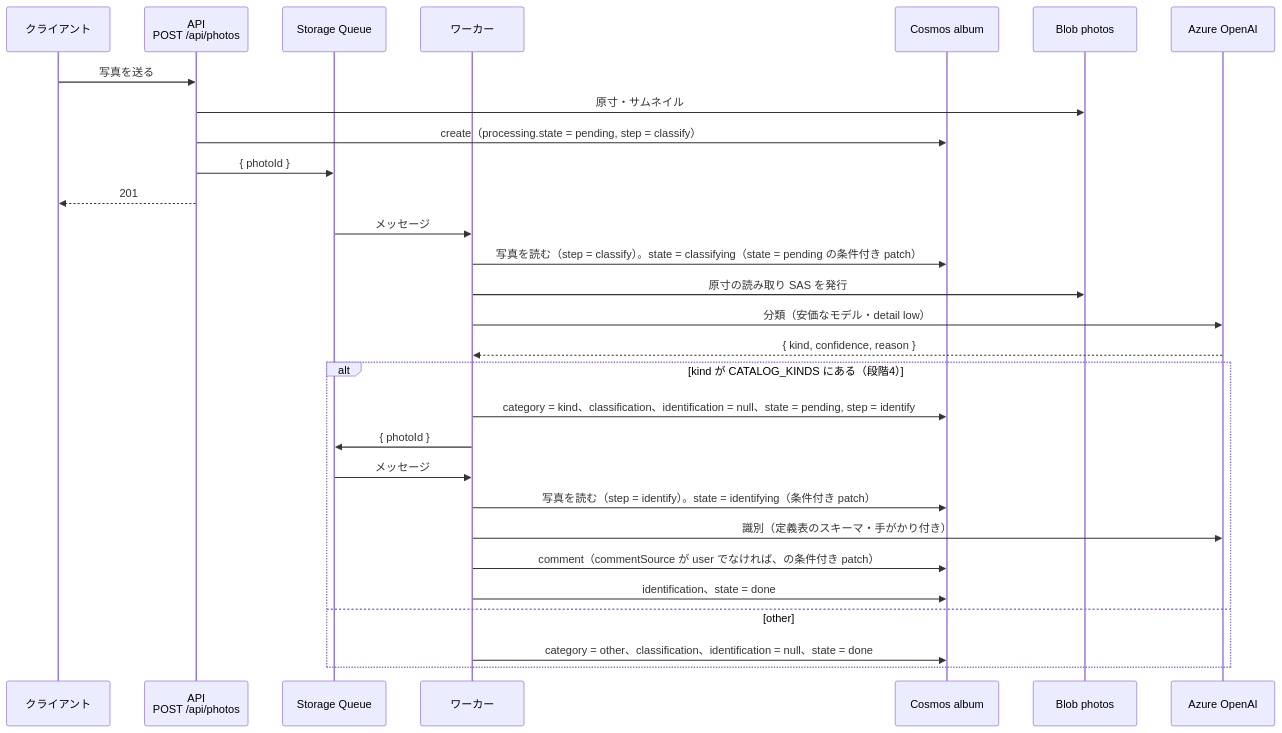
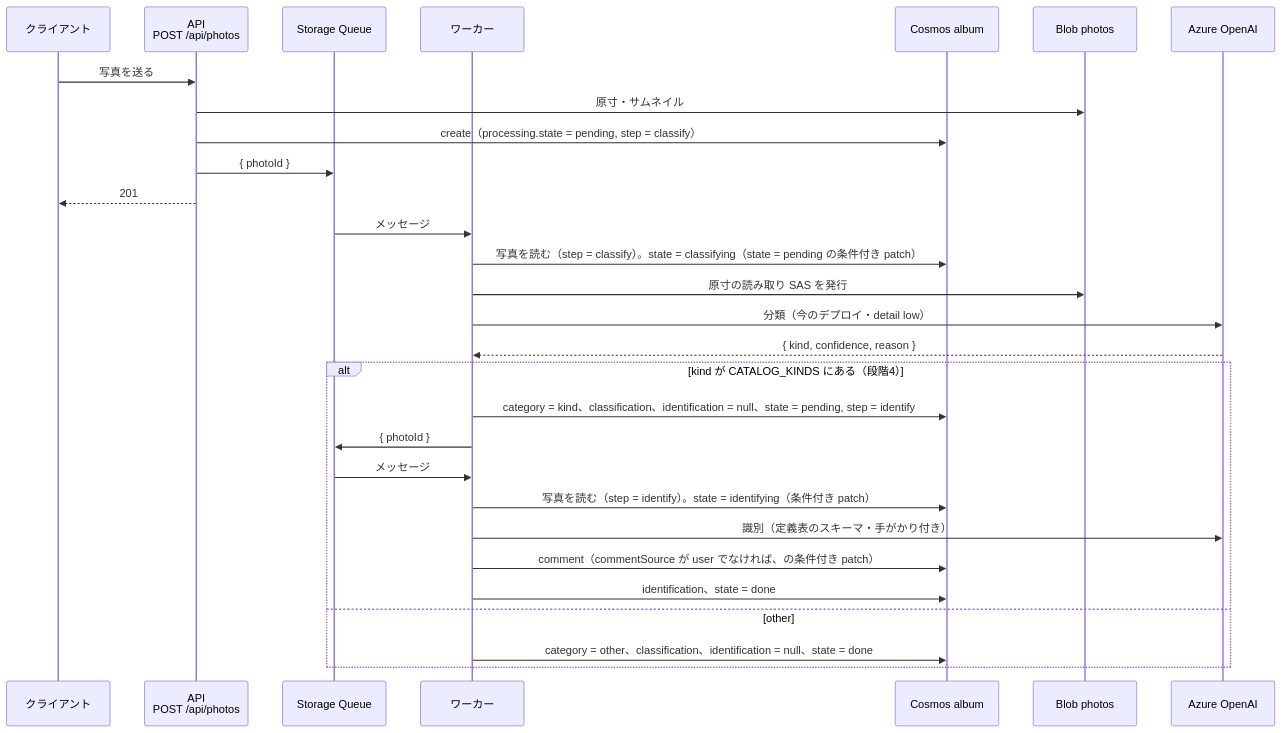
One commit to nmasashi/snaplant changed the diagram in docs/travel-album/06_processing_design.md. Above: the diagram before and after it, drawn with Mermaid. The commit also changed other lines of this file and 7 other files, not shown here.

````diff
--- a/docs/travel-album/06_processing_design.md
+++ b/docs/travel-album/06_processing_design.md
@@ -34,33 +34,33 @@
 ```mermaid
 sequenceDiagram
     participant C as クライアント
     participant H as API<br/>POST /api/photos
     participant Q as Storage Queue
     participant W as ワーカー
     participant DB as Cosmos album
     participant B as Blob photos
     participant AI as Azure OpenAI
 
     C->>H: 写真を送る
     H->>B: 原寸・サムネイル
     H->>DB: create（processing.state = pending, step = classify）
     H->>Q: { photoId }
     H-->>C: 201
 
     Q->>W: メッセージ
     W->>DB: 写真を読む（step = classify）。state = classifying（state = pending の条件付き patch）
     W->>B: 原寸の読み取り SAS を発行
-    W->>AI: 分類（安価なモデル・detail low）
+    W->>AI: 分類（今のデプロイ・detail low）
     AI-->>W: { kind, confidence, reason }
     alt kind が CATALOG_KINDS にある（段階4）
         W->>DB: category = kind、classification、identification = null、state = pending, step = identify
         W->>Q: { photoId }
         Q->>W: メッセージ
         W->>DB: 写真を読む（step = identify）。state = identifying（条件付き patch）
         W->>AI: 識別（定義表のスキーマ・手がかり付き）
         W->>DB: comment（commentSource が user でなければ、の条件付き patch）
         W->>DB: identification、state = done
     else other
         W->>DB: category = other、classification、identification = null、state = done
     end
 ```
````
